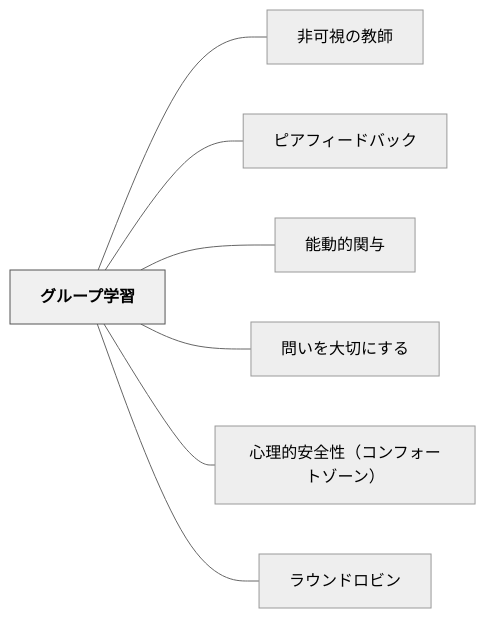
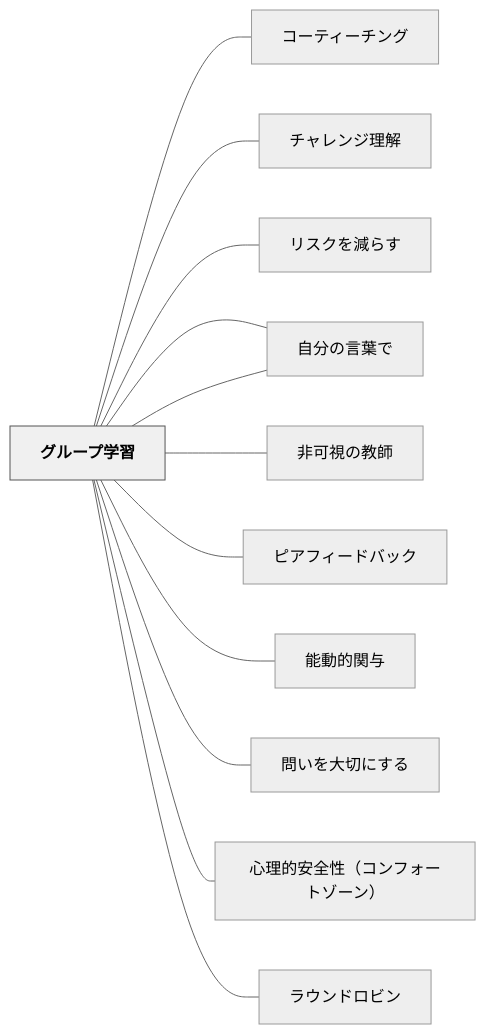
One commit to unknownthings-ed-patterns/unknownthings-ed-patterns changed the diagram in content/パタン/グループ学習.md. Above: the diagram before and after it, drawn with Mermaid (neutral theme). The commit also changed other lines of this file and 473 other files, not shown here.

````diff
--- a/content/パタン/グループ学習.md
+++ b/content/パタン/グループ学習.md
@@ -87,20 +92,30 @@
 ```mermaid
 flowchart LR
     ne382b0e383ab["グループ学習"]
+    ne382b3e383bc["コーティーチング"]
+    ne38381e383a3["チャレンジ理解"]
+    ne383aae382b9["リスクを減らす"]
+    ne887aae58886["自分で探求する"]
+    ne887aae58886["自分の言葉で"]
     ne99d9ee58faf["非可視の教師"]
     ne38394e382a2["ピアフィードバック"]
     ne883bde58b95["能動的関与"]
     ne5958fe38184["問いを大切にする"]
     ne5bf83e79086["心理的安全性（コンフォートゾーン）"]
     ne383a9e382a6["ラウンドロビン"]
 
+    ne382b0e383ab --- ne382b3e383bc
+    ne382b0e383ab --- ne38381e383a3
+    ne382b0e383ab --- ne383aae382b9
+    ne382b0e383ab --- ne887aae58886
+    ne382b0e383ab --- ne887aae58886
     ne382b0e383ab --- ne99d9ee58faf
     ne382b0e383ab --- ne38394e382a2
     ne382b0e383ab --- ne883bde58b95
     ne382b0e383ab --- ne5958fe38184
     ne382b0e383ab --- ne5bf83e79086
     ne382b0e383ab --- ne383a9e382a6
 
     classDef hub fill:#f0f0f0,stroke:#555,color:#000,font-weight:bold
     class ne382b0e383ab hub
 ```
````
